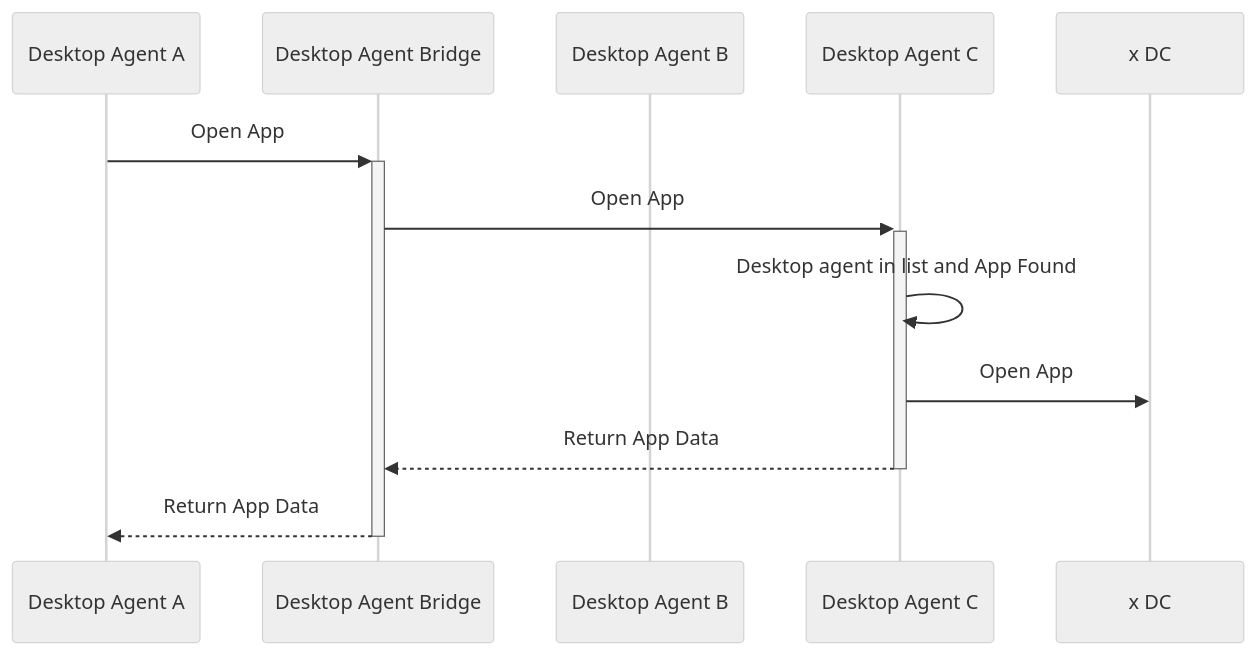
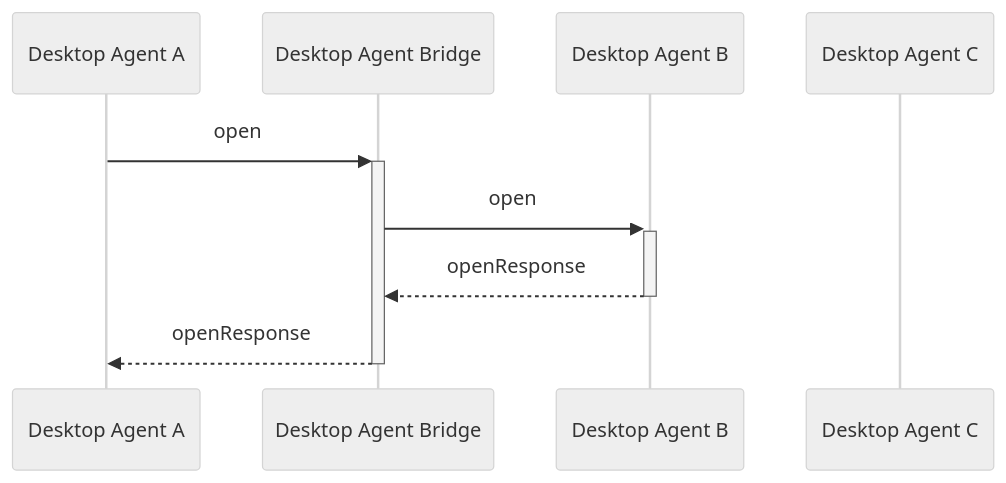
One commit to finos/FDC3 changed the sixth of 7 diagrams in docs/api-bridging/spec.md. Above: the diagram before and after it, drawn with Mermaid (neutral theme). The commit also changed other lines of this file, not shown here.

Commit message:
Adding exchanges for open and findInstances

````diff
--- a/docs/api-bridging/spec.md
+++ b/docs/api-bridging/spec.md
@@ -1498,13 +1464,11 @@
 ```mermaid
 sequenceDiagram
     participant DA as Desktop Agent A
     participant DAB as Desktop Agent Bridge
     participant DB as Desktop Agent B
     participant DC as Desktop Agent C
-    DA ->>+ DAB: Open App
-    DAB ->>+ DC: Open App
-    DC ->> DC: Desktop agent in list and App Found
-    DC ->>x DC: Open App
-    DC -->>- DAB: Return App Data
-    DAB -->>- DA: Return App Data
+    DA ->>+ DAB: open
+    DAB ->>+ DB: open
+    DB -->>- DAB: openResponse
+    DAB -->>- DA: openResponse
 ```
````
